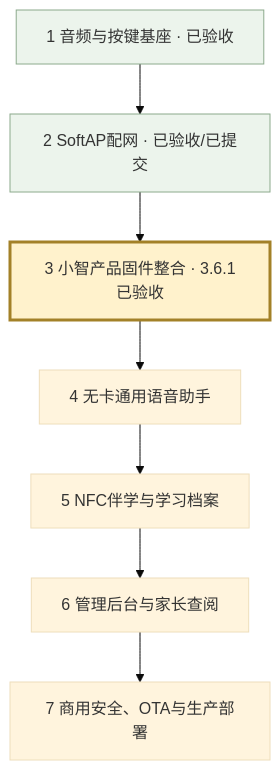
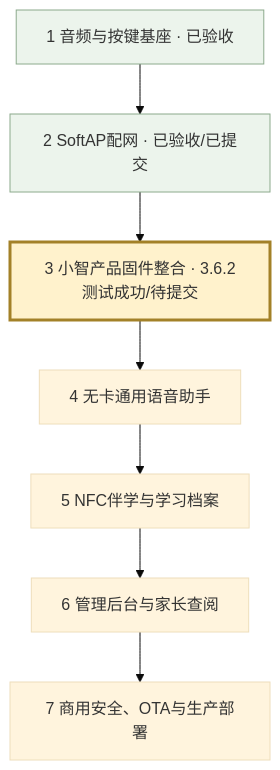
One commit to helper15901590/stubuddy changed the diagram in stubuddy/firmware/speaker-selftest/DEVELOPMENT-ROADMAP.md. Above: the diagram before and after it, drawn with Mermaid (base theme). The commit also changed other lines of this file and 25 other files, not shown here.

````diff
--- a/stubuddy/firmware/speaker-selftest/DEVELOPMENT-ROADMAP.md
+++ b/stubuddy/firmware/speaker-selftest/DEVELOPMENT-ROADMAP.md
@@ -7,12 +7,12 @@
 ```mermaid
 flowchart TB
   A["1 音频与按键基座 · 已验收"] --> B["2 SoftAP配网 · 已验收/已提交"]
-  B --> C["3 小智产品固件整合 · 3.6.1已验收"]
+  B --> C["3 小智产品固件整合 · 3.6.2测试成功/待提交"]
   C --> D["4 无卡通用语音助手"]
   D --> E["5 NFC伴学与学习档案"]
   E --> F["6 管理后台与家长查阅"]
   F --> G["7 商用安全、OTA与生产部署"]
   style A fill:#ecf4ec,stroke:#8caa8c
   style B fill:#ecf4ec,stroke:#8caa8c
   style C fill:#fff2cc,stroke:#a38128,stroke-width:3px
 ```
````
